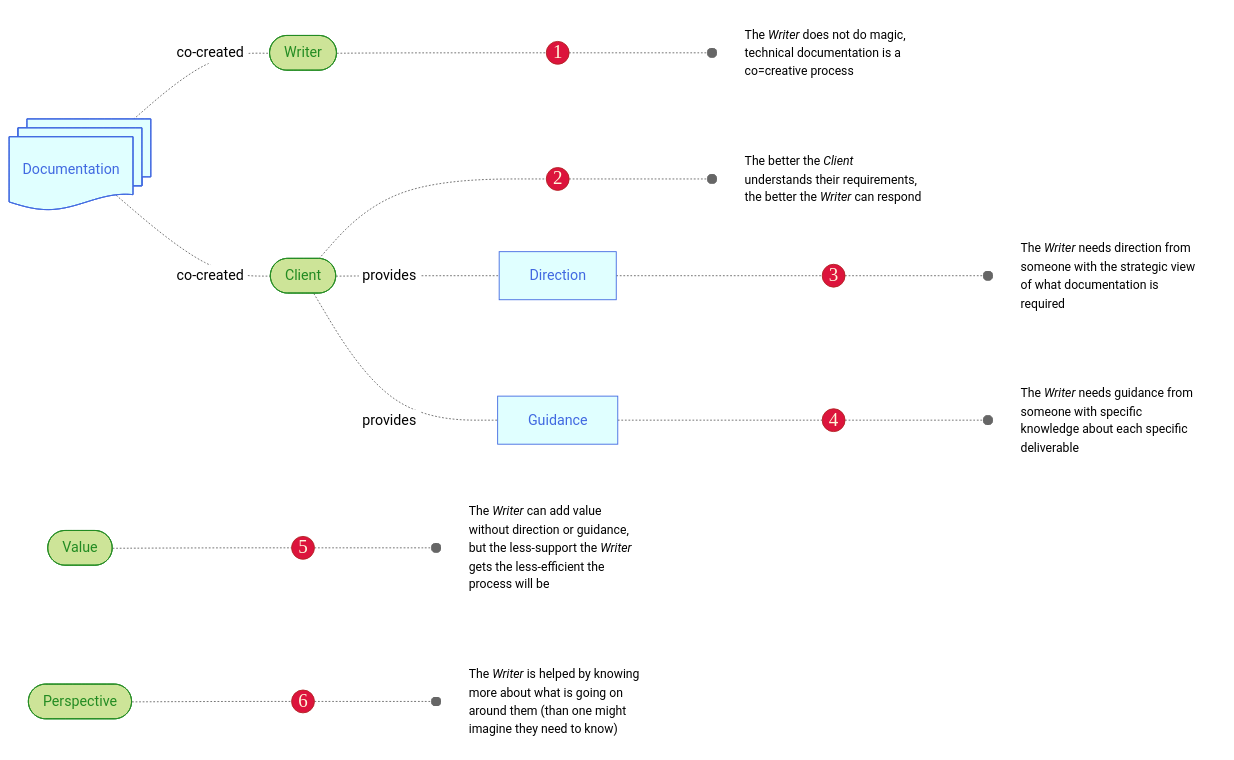
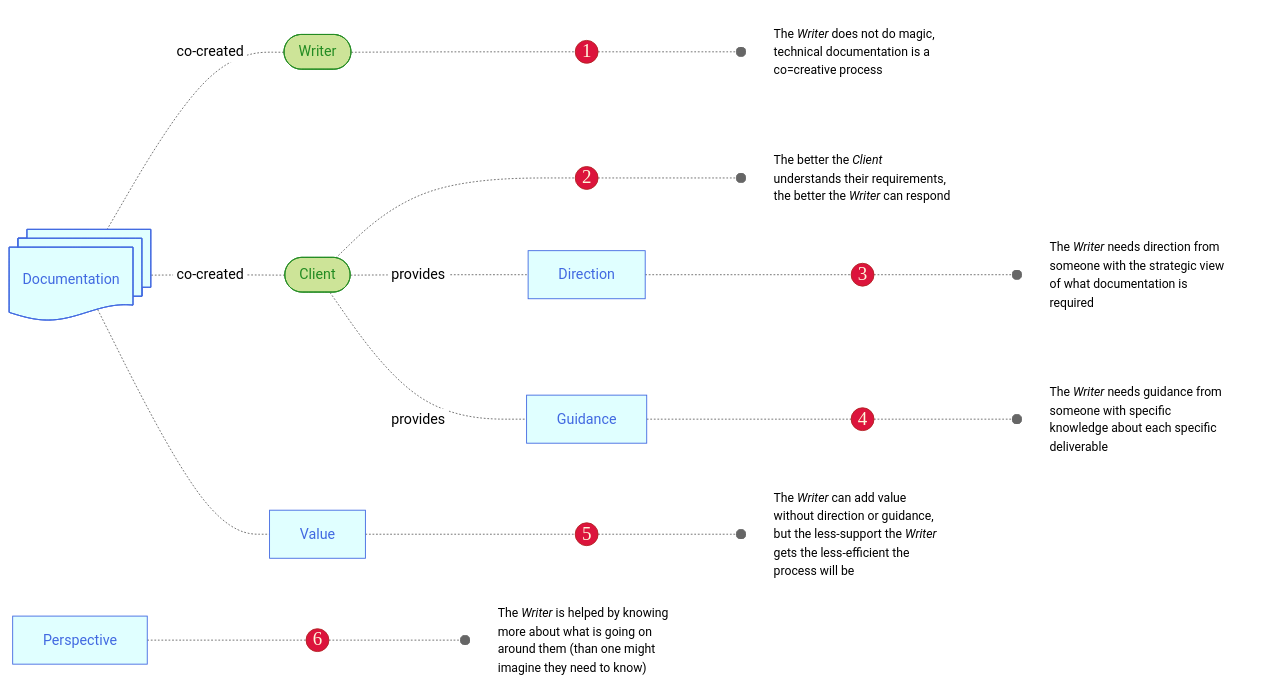
One commit to joe-dorward/samples changed the diagram in contract_v2.md. Above: the diagram before and after it, drawn with Mermaid (neutral theme).

````diff
--- a/contract_v2.md
+++ b/contract_v2.md
@@ -1,77 +1,80 @@
 ```mermaid
 flowchart LR
 
   %% define styles
   classDef User fill:#cde498, stroke:forestgreen, color:forestgreen;
   classDef Number fill:crimson, color:cornsilk, stroke:firebrick, font-family:verdana, font-size:16pt, padding:10px;
   classDef Button fill:green, color:white;
   classDef Note fill:transparent, stroke:white, text-align:left, font-size: 95%;
 
   classDef Backend fill:mediumseagreen, stroke:white, color:honeydew;
   classDef Entity fill:lightcyan, stroke:royalblue, color:royalblue;
 
   %% ---------- ---------- ---------- ---------- ---------- ---------- ---------- ---------- ---------- ----------
   DOCUMENTATION_01@{ shape: docs, label: "Documentation"}
   class DOCUMENTATION_01 Entity
   %% ---------- ---------- ---------- ---------- ---------- ---------- ---------- ---------- ---------- ----------
   1(("1")):::Number
   WRITER_01([&nbsp;Writer&nbsp;]):::User
   WRITER_01_NOTE["The <i>Writer</i> does not do magic, technical documentation is a co=creative process"]:::Note
 
   WRITER_01-.-
   1-.-o
   WRITER_01_NOTE
   %% ---------- ---------- ---------- ---------- ---------- ---------- ---------- ---------- ---------- ----------
   2(("2")):::Number
   CLIENT_01([&nbsp;Client&nbsp;]):::User
   CLIENT_01_NOTE["The better the <i>Client</i> understands their requirements, the better the <i>Writer</i> can respond"]:::Note
 
   CLIENT_01-.-
   2-.-o
   CLIENT_01_NOTE
 
   %% ---------- ---------- ---------- ---------- ---------- ---------- ---------- ---------- ---------- ----------
   DOCUMENTATION_01-.&nbsp;co-created&nbsp;.-
   WRITER_01
 
   DOCUMENTATION_01-.&nbsp;co-created&nbsp;.-
   CLIENT_01
   %% ---------- ---------- ---------- ---------- ---------- ---------- ---------- ---------- ---------- ----------
   3(("3")):::Number
   DIRECTION_01[&nbsp;Direction&nbsp;]:::Entity
   DIRECTION_01_NOTE["The <i>Writer</i> needs direction from someone with the strategic view of what documentation is required"]:::Note
 
   DIRECTION_01-.-
   3-.-o
   DIRECTION_01_NOTE
 
   CLIENT_01-.&nbsp;provides&nbsp;.-
   DIRECTION_01
   %% ---------- ---------- ---------- ---------- ---------- ---------- ---------- ---------- ---------- ----------
   4(("4")):::Number
   GUIDANCE_01[&nbsp;Guidance&nbsp;]:::Entity
   GUIDANCE_01_NOTE["The <i>Writer</i> needs guidance from someone with specific knowledge about each specific deliverable"]:::Note
 
   GUIDANCE_01-.-
   4-.-o
   GUIDANCE_01_NOTE
 
   CLIENT_01-.&nbsp;provides&nbsp;.-
   GUIDANCE_01
   %% ---------- ---------- ---------- ---------- ---------- ---------- ---------- ---------- ---------- ----------
   5(("5")):::Number
-  VALUE_01([&nbsp;Value&nbsp;]):::User
+  VALUE_01[&nbsp;Value&nbsp;]:::Entity
   VALUE_01_NOTE["The <i>Writer</i> can add value without direction or guidance, but the less-support the <i>Writer</i> gets the less-efficient the process will be"]:::Note
 
   VALUE_01-.-
   5-.-o
   VALUE_01_NOTE
+
+  DOCUMENTATION_01-.-
+  VALUE_01
   %% ---------- ---------- ---------- ---------- ---------- ---------- ---------- ---------- ---------- ----------
   6(("6")):::Number
-  PERSPECTIVE_01([&nbsp;Perspective&nbsp;]):::User
+  PERSPECTIVE_01[&nbsp;Perspective&nbsp;]:::Entity
   PERSPECTIVE_01_NOTE["The <i>Writer</i> is helped by knowing more about what is going on around them (than one might imagine they need to know)"]:::Note
 
   PERSPECTIVE_01-.-
   6-.-o
   PERSPECTIVE_01_NOTE
 ```
````
